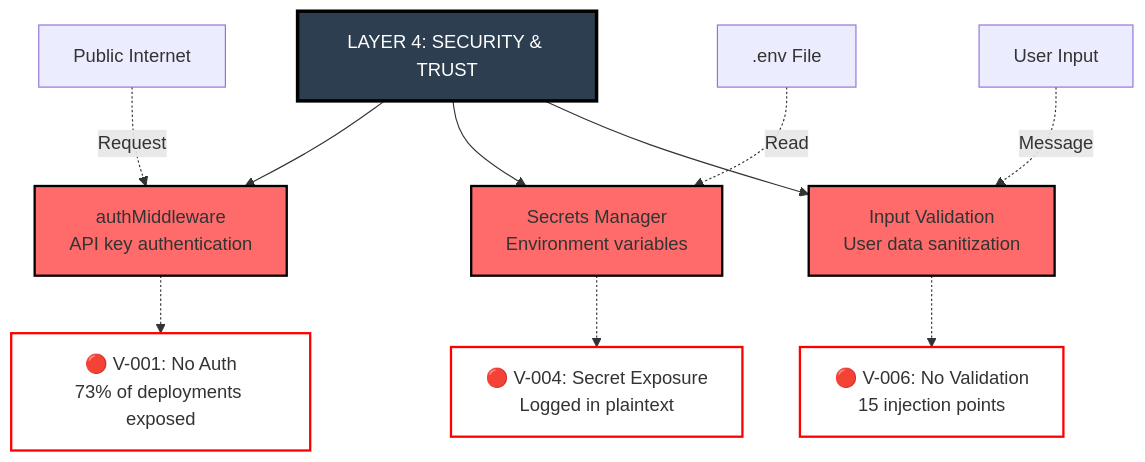
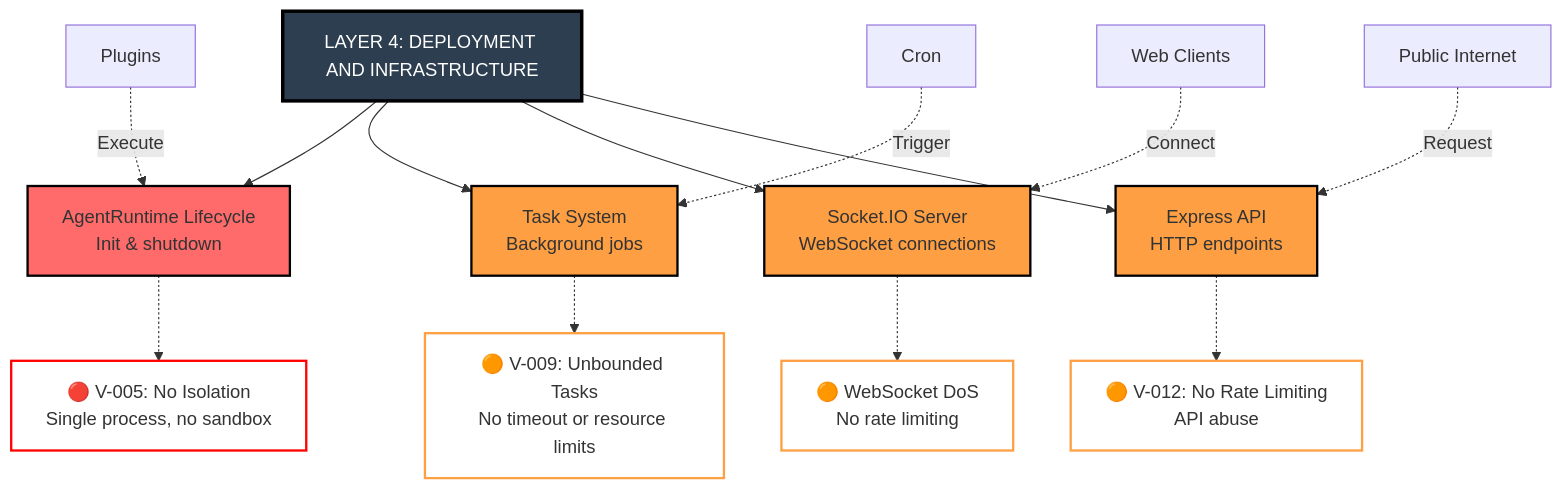
The sixth of 11 diagrams in presentation/assets/maestro-framework-visual.md (mondweep/agentic-ai-security-demo-rela8group-ciso-london-summit), drawn with Mermaid before and after one commit. The commit also changed other lines of this file and 16 other files, not shown here.

````diff
--- a/presentation/assets/maestro-framework-visual.md
+++ b/presentation/assets/maestro-framework-visual.md
@@ -250,24 +249,29 @@
 ```mermaid
 graph TD
-    L4[LAYER 4: SECURITY & TRUST]
+    L4[LAYER 4: DEPLOYMENT AND INFRASTRUCTURE]
 
-    L4 --> C1[authMiddleware<br/>API key authentication]
-    L4 --> C2[Secrets Manager<br/>Environment variables]
-    L4 --> C3[Input Validation<br/>User data sanitization]
+    L4 --> C1[AgentRuntime Lifecycle<br/>Init & shutdown]
+    L4 --> C2[Task System<br/>Background jobs]
+    L4 --> C3[Socket.IO Server<br/>WebSocket connections]
+    L4 --> C4[Express API<br/>HTTP endpoints]
 
-    C1 -.-> V1["🔴 V-001: No Auth<br/>73% of deployments exposed"]
-    C2 -.-> V2["🔴 V-004: Secret Exposure<br/>Logged in plaintext"]
-    C3 -.-> V3["🔴 V-006: No Validation<br/>15 injection points"]
+    C1 -.-> V1["🔴 V-005: No Isolation<br/>Single process, no sandbox"]
+    C2 -.-> V2["🟠 V-009: Unbounded Tasks<br/>No timeout or resource limits"]
+    C3 -.-> V3["🟠 WebSocket DoS<br/>No rate limiting"]
+    C4 -.-> V4["🟠 V-012: No Rate Limiting<br/>API abuse"]
 
-    ENV[.env File] -.->|"Read"| C2
-    API[Public Internet] -.->|"Request"| C1
-    User[User Input] -.->|"Message"| C3
+    Plugins[Plugins] -.->|"Execute"| C1
+    Scheduler[Cron] -.->|"Trigger"| C2
+    Clients[Web Clients] -.->|"Connect"| C3
+    Internet[Public Internet] -.->|"Request"| C4
 
     style L4 fill:#2c3e50,stroke:#000,stroke-width:3px,color:#fff
     style C1 fill:#ff6b6b,stroke:#000,stroke-width:2px
-    style C2 fill:#ff6b6b,stroke:#000,stroke-width:2px
-    style C3 fill:#ff6b6b,stroke:#000,stroke-width:2px
+    style C2 fill:#ff9f43,stroke:#000,stroke-width:2px
+    style C3 fill:#ff9f43,stroke:#000,stroke-width:2px
+    style C4 fill:#ff9f43,stroke:#000,stroke-width:2px
     style V1 fill:#fff,stroke:#ff0000,stroke-width:2px
-    style V2 fill:#fff,stroke:#ff0000,stroke-width:2px
-    style V3 fill:#fff,stroke:#ff0000,stroke-width:2px
+    style V2 fill:#fff,stroke:#ff9f43,stroke-width:2px
+    style V3 fill:#fff,stroke:#ff9f43,stroke-width:2px
+    style V4 fill:#fff,stroke:#ff9f43,stroke-width:2px
 ```
````
